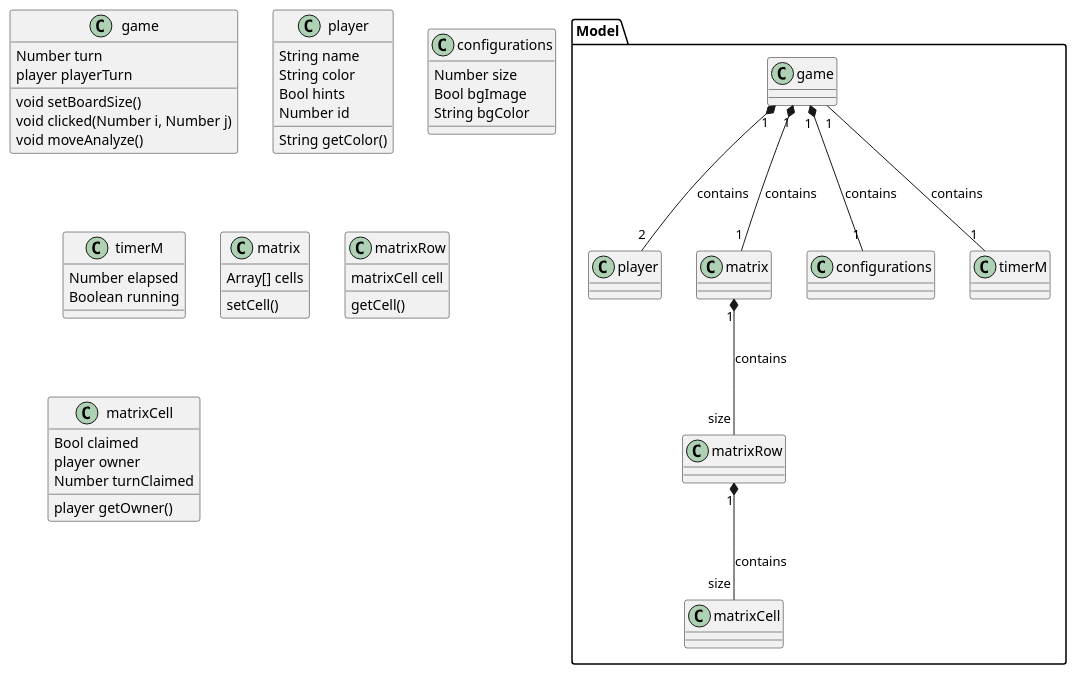
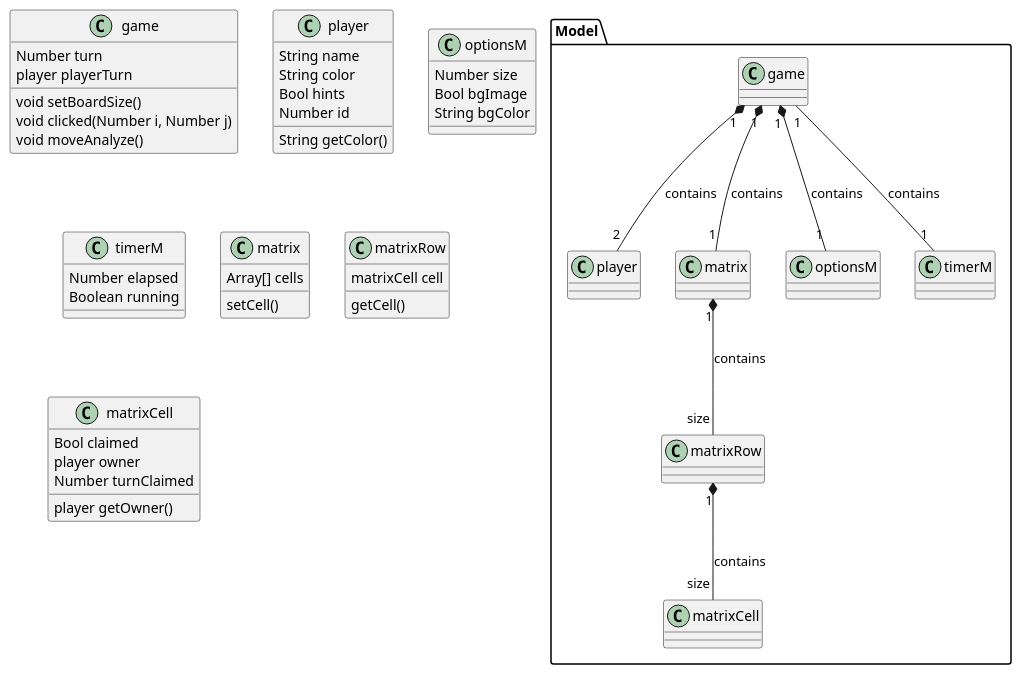
The diagram in UMLDiagrams/Class/GameModel.plantuml (nugentmichael1/gomoku), drawn with PlantUML before and after one commit. The commit also changed 37 other files, not shown here.

```diff
--- a/UMLDiagrams/Class/GameModel.plantuml
+++ b/UMLDiagrams/Class/GameModel.plantuml
@@ -1,63 +1,63 @@
 @startuml Game Model
 
 
 package "Model"{
     game "1" *-- "2" player: contains
     game "1" *-- "1" matrix: contains
-    game "1" *-- "1" configurations : contains
+    game "1" *-- "1" optionsM : contains
     matrix "1" *-- "size" matrixRow: contains
     matrixRow "1" *-- "size" matrixCell: contains
     ' matrix "1" - "1" board:contains
     ' board "1" *-- "size" boardRow: contains
     ' boardRow "1" *-- "size" boardCell: contains
     ' matrixCell <. boardCell: Dependency
     game "1" -- "1" timerM: contains
 }
 
 class game {
     Number turn
     player playerTurn
     void setBoardSize()
     void clicked(Number i, Number j)
     void moveAnalyze()
 }
 
 class player{
     String name
     String color
     Bool hints
     Number id
     String getColor()
 }
 
-class configurations{
+class optionsM{
     Number size
     Bool bgImage
     String bgColor
 }
 
 class timerM{
     Number elapsed
     Boolean running
 }
 
 class matrix{
     Array[] cells
     setCell()
 }
 
 class matrixRow{
     matrixCell cell
     getCell()
 }
 
 class matrixCell{
     Bool claimed
     player owner
     Number turnClaimed
     player getOwner()
 }
 
 
 
 @enduml
```
